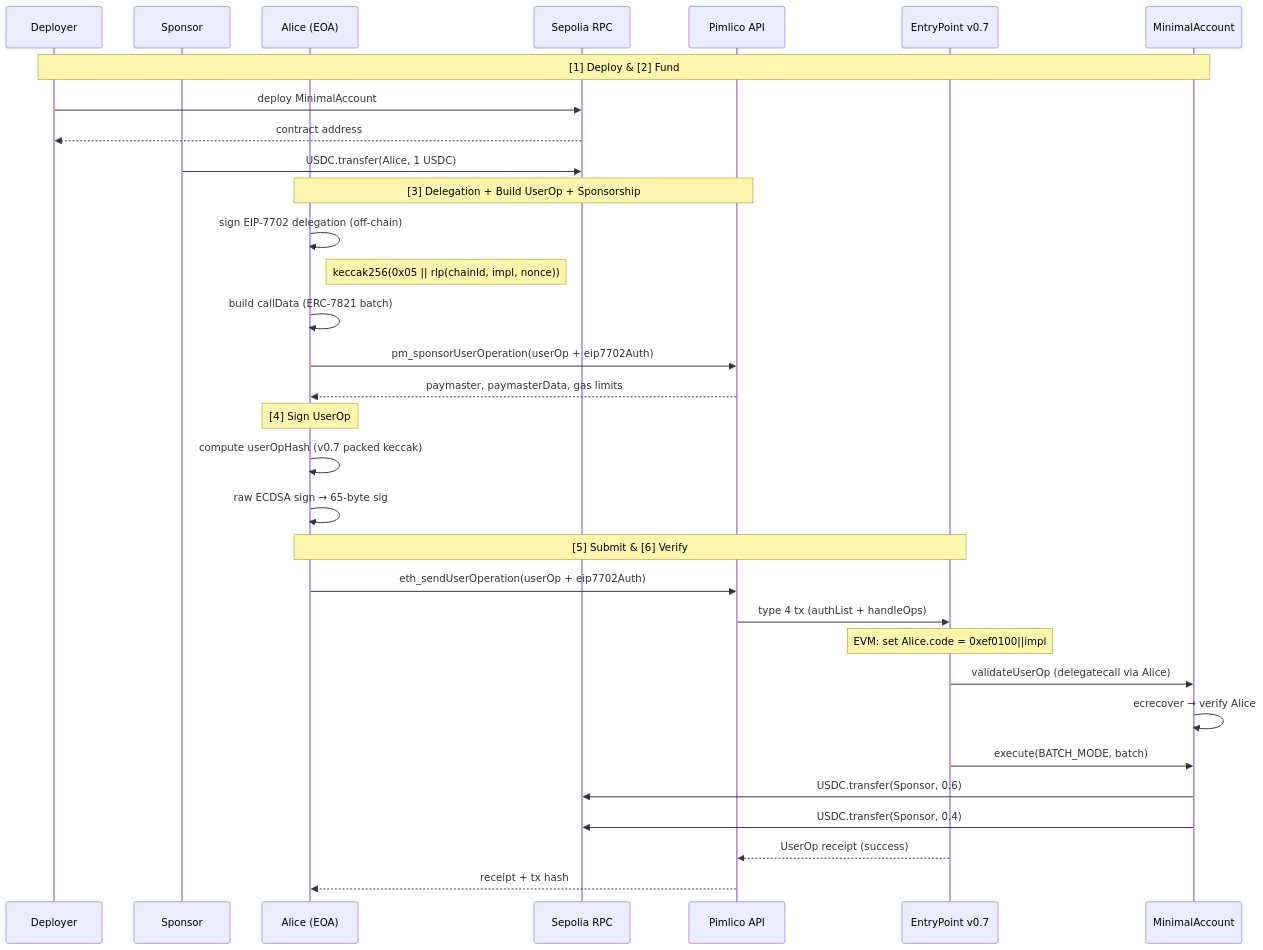
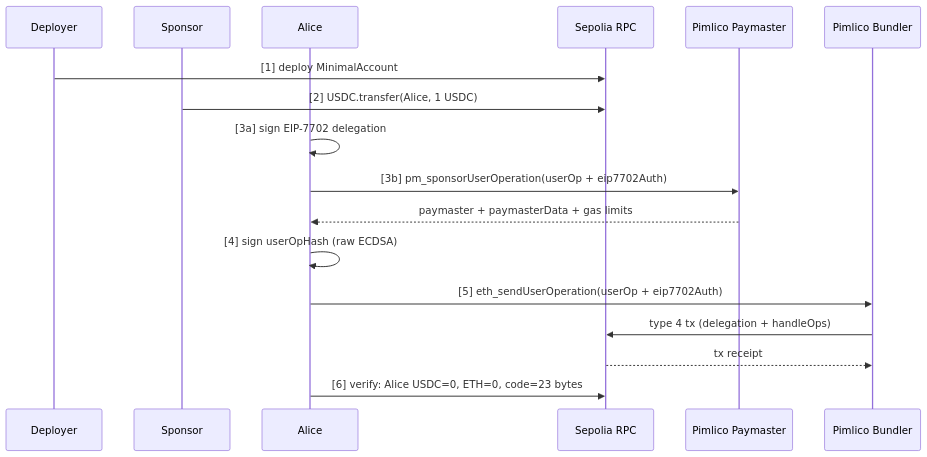
One commit to CoboTest/eip7702-minimal-account changed the diagram in script/python/README.md. Above: the diagram before and after it, drawn with Mermaid. The commit also changed 1 other file, not shown here.

Commit message:
docs: simplify sequence diagram to test-visible interactions
6 participants: Deployer, Sponsor, Alice, RPC, Pimlico Paymaster, Pimlico Bundler.
Hide internal EVM details (EntryPoint, MinimalAccount, ecrecover).

````diff
--- a/script/python/README.md
+++ b/script/python/README.md
@@ -134,38 +134,24 @@
 ```mermaid
 sequenceDiagram
     participant D as Deployer
     participant S as Sponsor
-    participant A as Alice (EOA)
+    participant A as Alice
     participant RPC as Sepolia RPC
-    participant P as Pimlico API
-    participant EP as EntryPoint v0.7
-    participant MA as MinimalAccount
+    participant PM as Pimlico Paymaster
+    participant B as Pimlico Bundler
 
-    Note over D,MA: [1] Deploy & [2] Fund
-    D->>RPC: deploy MinimalAccount
-    RPC-->>D: contract address
-    S->>RPC: USDC.transfer(Alice, 1 USDC)
+    D->>RPC: [1] deploy MinimalAccount
+    S->>RPC: [2] USDC.transfer(Alice, 1 USDC)
 
-    Note over A,P: [3] Delegation + Build UserOp + Sponsorship
-    A->>A: sign EIP-7702 delegation (off-chain)
-    Note right of A: keccak256(0x05 || rlp(chainId, impl, nonce))
-    A->>A: build callData (ERC-7821 batch)
-    A->>P: pm_sponsorUserOperation(userOp + eip7702Auth)
-    P-->>A: paymaster, paymasterData, gas limits
+    A->>A: [3a] sign EIP-7702 delegation
+    A->>PM: [3b] pm_sponsorUserOperation(userOp + eip7702Auth)
+    PM-->>A: paymaster + paymasterData + gas limits
 
-    Note over A: [4] Sign UserOp
-    A->>A: compute userOpHash (v0.7 packed keccak)
-    A->>A: raw ECDSA sign → 65-byte sig
+    A->>A: [4] sign userOpHash (raw ECDSA)
 
-    Note over A,EP: [5] Submit & [6] Verify
-    A->>P: eth_sendUserOperation(userOp + eip7702Auth)
-    P->>EP: type 4 tx (authList + handleOps)
-    Note over EP: EVM: set Alice.code = 0xef0100||impl
-    EP->>MA: validateUserOp (delegatecall via Alice)
-    MA->>MA: ecrecover → verify Alice
-    EP->>MA: execute(BATCH_MODE, batch)
-    MA->>RPC: USDC.transfer(Sponsor, 0.6)
-    MA->>RPC: USDC.transfer(Sponsor, 0.4)
-    EP-->>P: UserOp receipt (success)
-    P-->>A: receipt + tx hash
+    A->>B: [5] eth_sendUserOperation(userOp + eip7702Auth)
+    B->>RPC: type 4 tx (delegation + handleOps)
+    RPC-->>B: tx receipt
+
+    A->>RPC: [6] verify: Alice USDC=0, ETH=0, code=23 bytes
 ```
````
